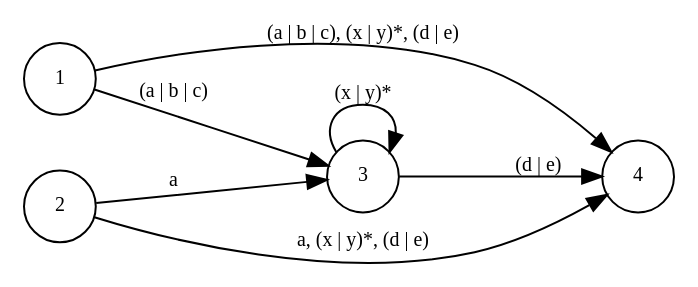
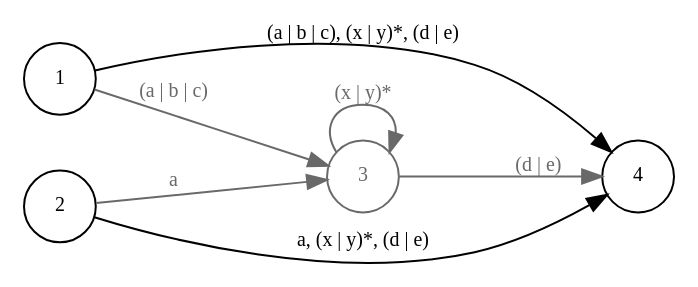
One commit to otmarjr/jInfer-fork changed the diagram in doc/jInfer/twostep/regaut4.gv. Above: the diagram before and after it, drawn with Graphviz. The commit also changed 5 other files, not shown here.

Commit message:
3159165 Create documentation fof TwoStep simplifier - magic number mangling on figures to get it on 15 pages, also wraped figure used.

```diff
--- a/doc/jInfer/twostep/regaut4.gv
+++ b/doc/jInfer/twostep/regaut4.gv
@@ -1,20 +1,20 @@
 digraph regaut4 {
 	node [shape = circle, fontname = "SFTT1000", fontsize = 10];
 	edge [fontname = "SFTT1000", fontsize = 10];
 	rankdir = LR;
 
 	1 [label = "1"];
 	2 [label = "2"];
-	3 [label = "3"];
+	3 [label = "3", color = dimgrey, fontcolor = dimgrey];
 	4 [label = "4"];
 
-	1 -> 3 [label = "(a | b | c)"];
-	2 -> 3 [label = "a"];
-	3 -> 3 [label = "(x | y)*"];
-	3 -> 4 [label = "(d | e)"];
+	1 -> 3 [label = "(a | b | c)", color = dimgrey, fontcolor = dimgrey];
+	2 -> 3 [label = "a", color = dimgrey, fontcolor = dimgrey];
+	3 -> 3 [label = "(x | y)*", color = dimgrey, fontcolor = dimgrey];
+	3 -> 4 [label = "(d | e)", color = dimgrey, fontcolor = dimgrey];
 
 
 
 	1 -> 4 [label = "(a | b | c), (x | y)*, (d | e)"];
 	2 -> 4 [label = "a, (x | y)*, (d | e)"];
 }
```
